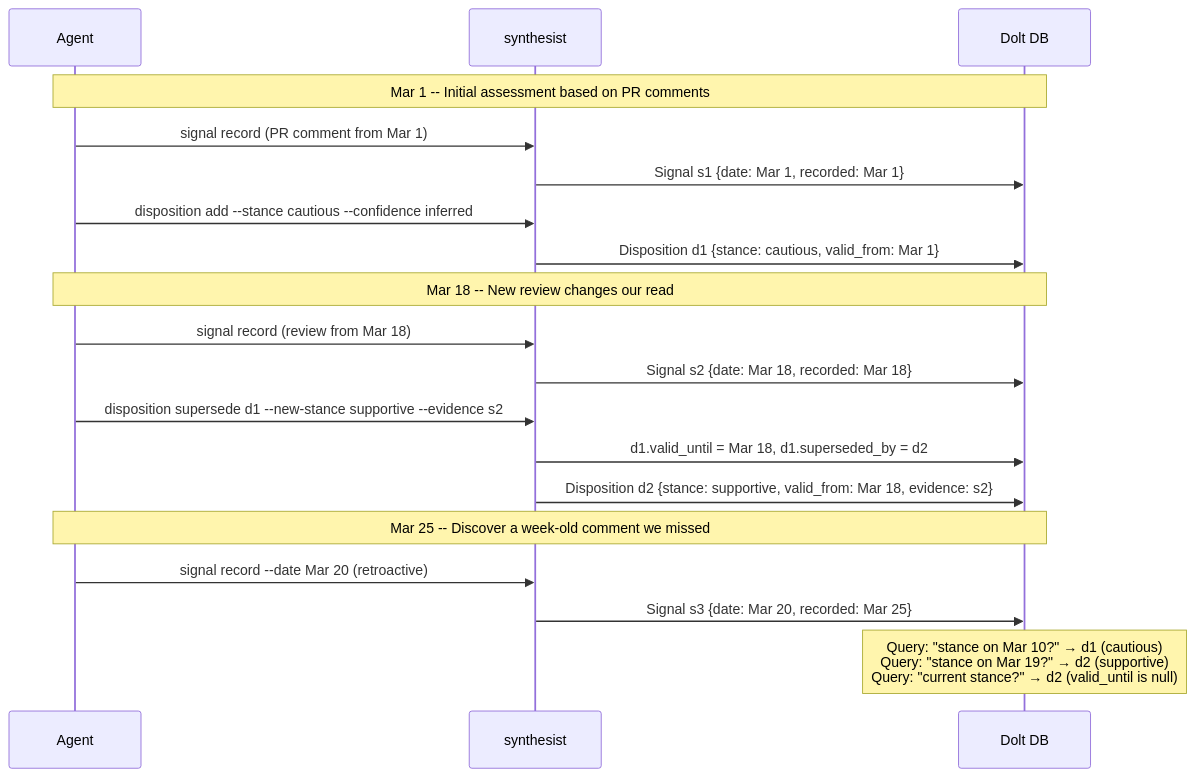
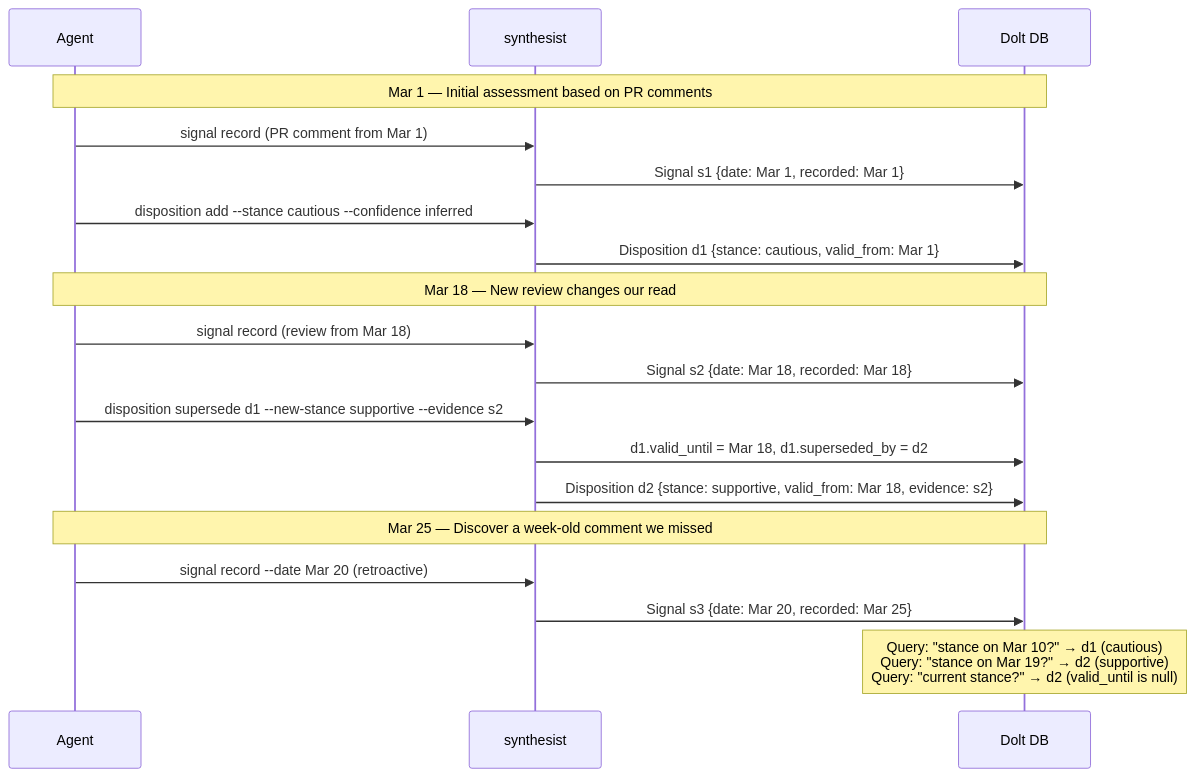
One commit to nomograph-ai/synthesist changed the third of 5 diagrams in README.md. Above: the diagram before and after it, drawn with Mermaid. The commit also changed other lines of this file, not shown here.

````diff
--- a/README.md
+++ b/README.md
@@ -186,25 +192,25 @@
 ```mermaid
 sequenceDiagram
     participant Agent
     participant Synthesist as synthesist
     participant DB as Dolt DB
 
-    Note over Agent,DB: Mar 1 -- Initial assessment based on PR comments
+    Note over Agent,DB: Mar 1 — Initial assessment based on PR comments
     Agent->>Synthesist: signal record (PR comment from Mar 1)
     Synthesist->>DB: Signal s1 {date: Mar 1, recorded: Mar 1}
     Agent->>Synthesist: disposition add --stance cautious --confidence inferred
     Synthesist->>DB: Disposition d1 {stance: cautious, valid_from: Mar 1}
 
-    Note over Agent,DB: Mar 18 -- New review changes our read
+    Note over Agent,DB: Mar 18 — New review changes our read
     Agent->>Synthesist: signal record (review from Mar 18)
     Synthesist->>DB: Signal s2 {date: Mar 18, recorded: Mar 18}
     Agent->>Synthesist: disposition supersede d1 --new-stance supportive --evidence s2
     Synthesist->>DB: d1.valid_until = Mar 18, d1.superseded_by = d2
     Synthesist->>DB: Disposition d2 {stance: supportive, valid_from: Mar 18, evidence: s2}
 
-    Note over Agent,DB: Mar 25 -- Discover a week-old comment we missed
+    Note over Agent,DB: Mar 25 — Discover a week-old comment we missed
     Agent->>Synthesist: signal record --date Mar 20 (retroactive)
     Synthesist->>DB: Signal s3 {date: Mar 20, recorded: Mar 25}
 
     Note over DB: Query: "stance on Mar 10?" → d1 (cautious)<br/>Query: "stance on Mar 19?" → d2 (supportive)<br/>Query: "current stance?" → d2 (valid_until is null)
 ```
````
